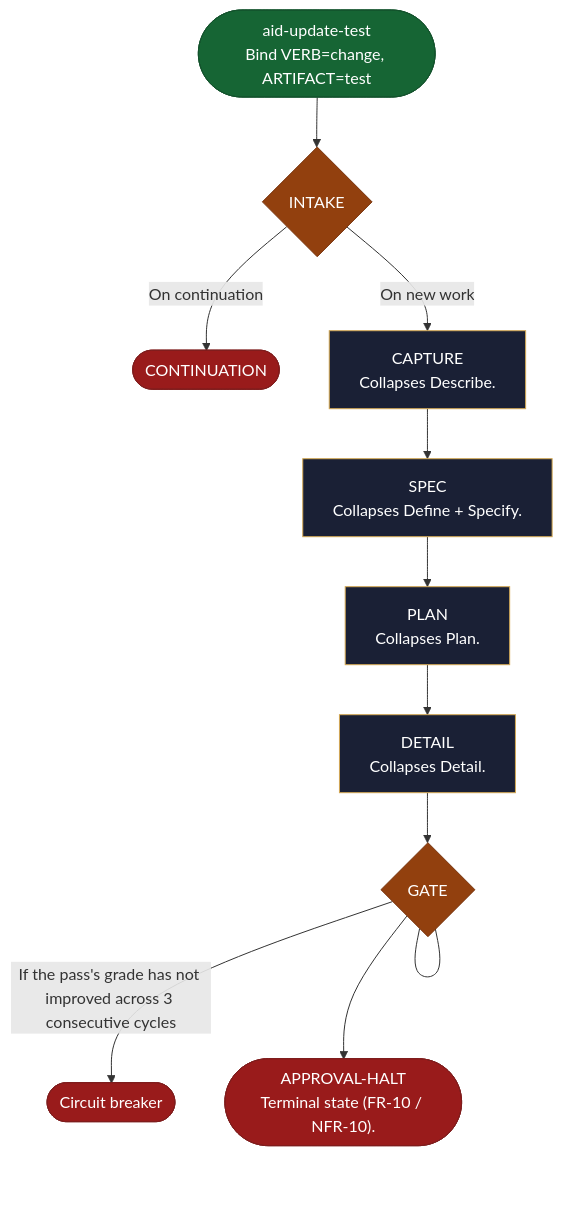
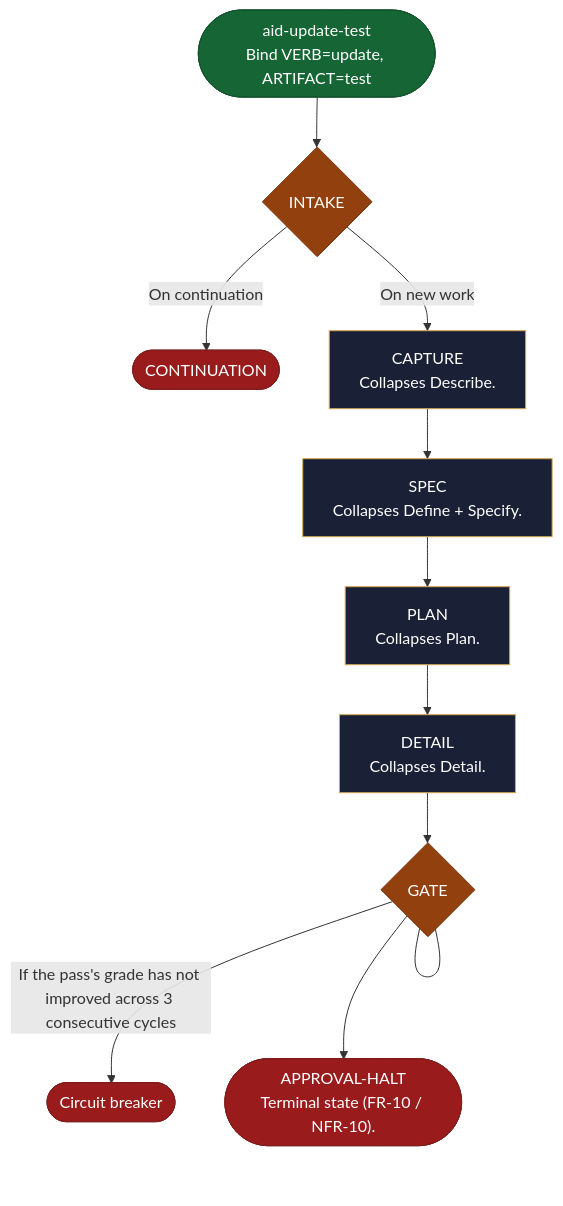
The diagram in site/src/content/docs/skills/aid-update-test.md (AndreVianna/aid-methodology), drawn with Mermaid before and after one commit. The commit also changed other lines of this file and 99 other files, not shown here.

````diff
--- a/site/src/content/docs/skills/aid-update-test.md
+++ b/site/src/content/docs/skills/aid-update-test.md
@@ -20,49 +20,49 @@
 ```mermaid
 flowchart TB
   classDef aidNode color:#fff
   classDef aidEntry fill:#166534,stroke:#14532d,color:#fff
   classDef aidExit fill:#991b1b,stroke:#7f1d1d,color:#fff
   classDef aidDecision fill:#92400e,stroke:#78350f,color:#fff
   classDef aidLoopBack fill:#1e3a8a,stroke:#1e3a8a,color:#fff
   classDef aidStep fill:#1a2035,stroke:#d4a853,color:#f1f5f9
-  n1(["aid-update-test<br/>Bind VERB=change, ARTIFACT=test"])
+  n1(["aid-update-test<br/>Bind VERB=update, ARTIFACT=test"])
   n2{"INTAKE"}
   n3(["CONTINUATION"])
   n4["CAPTURE<br/>Collapses Describe."]
   n5["SPEC<br/>Collapses Define + Specify."]
   n6["PLAN<br/>Collapses Plan."]
   n7["DETAIL<br/>Collapses Detail."]
   n8{"GATE"}
   n9(["Circuit breaker"])
   n10(["APPROVAL-HALT<br/>Terminal state (FR-10 / NFR-10)."])
   n1 --> n2
   n2 -->|"On continuation"| n3
   n2 -->|"On new work"| n4
   n4 --> n5
   n5 --> n6
   n6 --> n7
   n7 --> n8
   n8 --- n8
   n8 -->|"If the pass's grade has not improved across 3 consecutive cycles"| n9
   n8 --> n10
   class n1 aidEntry
   class n2 aidDecision
   class n3 aidExit
   class n4 aidStep
   class n5 aidStep
   class n6 aidStep
   class n7 aidStep
   class n8 aidDecision
   class n9 aidExit
   class n10 aidExit
   class n1 aidNode
   class n2 aidNode
   class n3 aidNode
   class n4 aidNode
   class n5 aidNode
   class n6 aidNode
   class n7 aidNode
   class n8 aidNode
   class n9 aidNode
   class n10 aidNode
 ```
````
